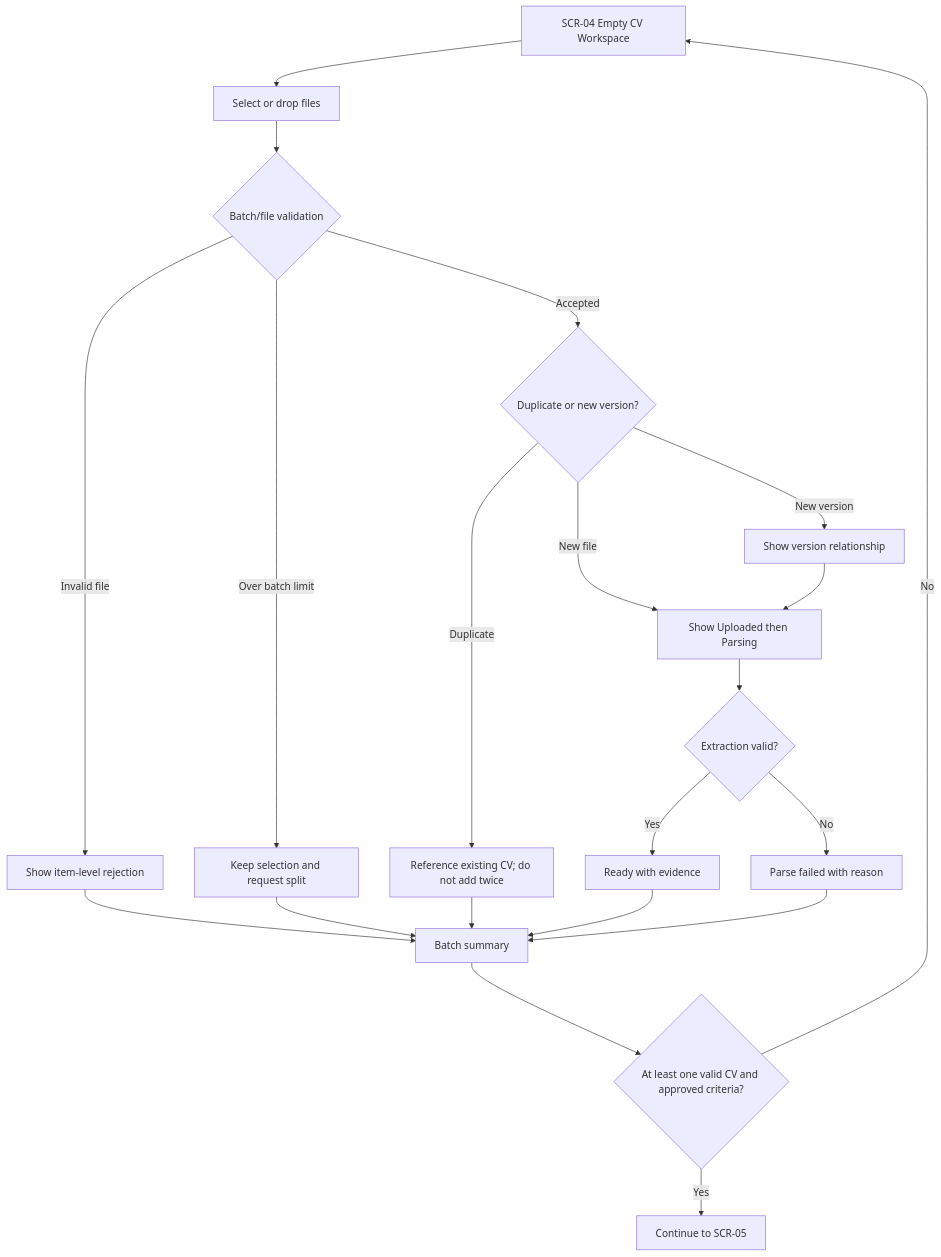
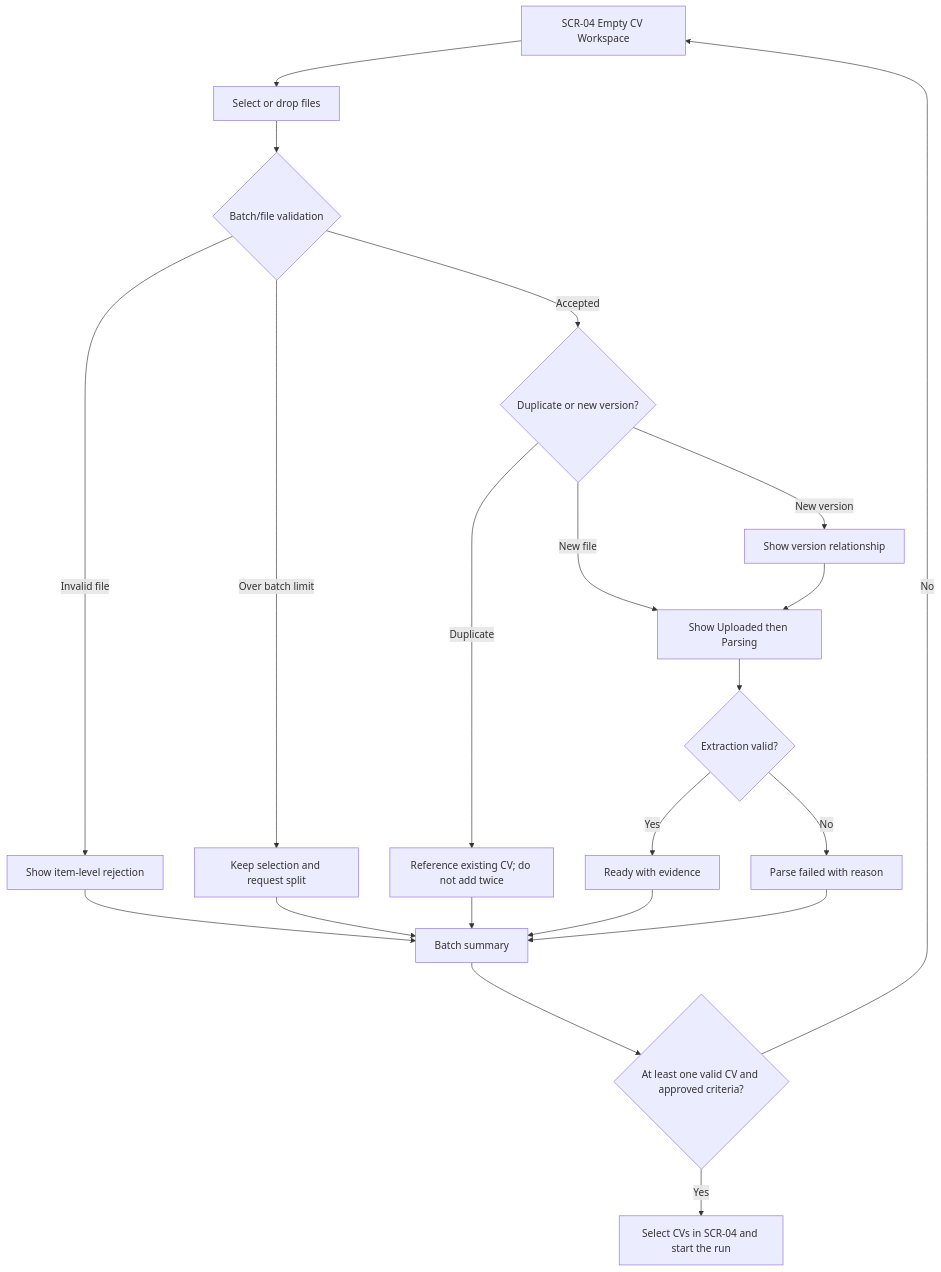
Before and after one commit to linkoc119/recruitment-assistant: the second of 6 diagrams in docs/ui-ux/user-flows.md, drawn with Mermaid. The commit also changed other lines of this file and 68 other files, not shown here.

````diff
--- a/docs/ui-ux/user-flows.md
+++ b/docs/ui-ux/user-flows.md
@@ -38,23 +38,23 @@
 ```mermaid
 flowchart TD
     A[SCR-04 Empty CV Workspace] --> B[Select or drop files]
     B --> C{Batch/file validation}
     C -- Invalid file --> D[Show item-level rejection]
     C -- Over batch limit --> E[Keep selection and request split]
     C -- Accepted --> F{Duplicate or new version?}
     F -- Duplicate --> G[Reference existing CV; do not add twice]
     F -- New version --> H[Show version relationship]
     F -- New file --> I[Show Uploaded then Parsing]
     H --> I
     I --> J{Extraction valid?}
     J -- Yes --> K[Ready with evidence]
     J -- No --> L[Parse failed with reason]
     D --> M[Batch summary]
     E --> M
     G --> M
     K --> M
     L --> M
     M --> N{At least one valid CV and approved criteria?}
-    N -- Yes --> O[Continue to SCR-05]
+    N -- Yes --> O[Select CVs in SCR-04 and start the run]
     N -- No --> A
 ```
````
